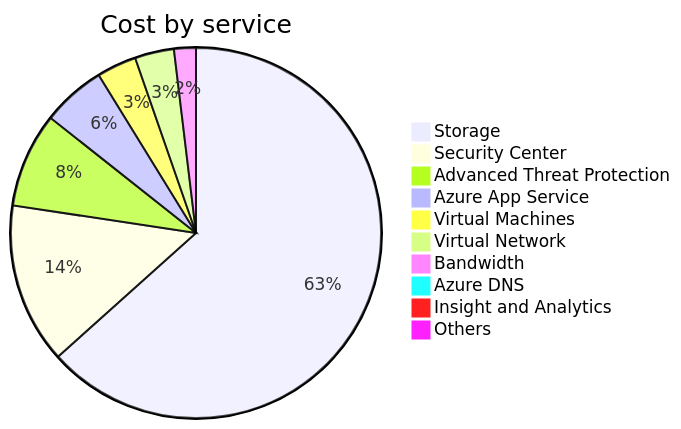
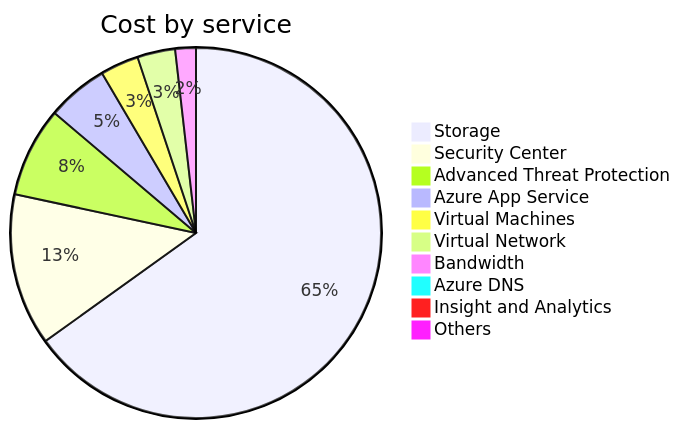
The second of 4 diagrams in cost-reports/accumulated-cost.md (jpfulton/azure-personal-reports), drawn with Mermaid before and after one commit. The commit also changed other lines of this file and 32 other files, not shown here.

````diff
--- a/cost-reports/accumulated-cost.md
+++ b/cost-reports/accumulated-cost.md
@@ -102,14 +102,14 @@
 ```mermaid
 pie
    title Cost by service
-   "Storage" : 89.42
+   "Storage" : 96.99
    "Security Center" : 19.78
-   "Advanced Threat Protection" : 11.67
-   "Azure App Service" : 7.84
-   "Virtual Machines" : 4.89
-   "Virtual Network" : 4.82
+   "Advanced Threat Protection" : 11.68
+   "Azure App Service" : 7.96
+   "Virtual Machines" : 5.00
+   "Virtual Network" : 4.92
    "Bandwidth" : 2.69
-   "Azure DNS" : 0.65
+   "Azure DNS" : 0.66
    "Insight and Analytics" : 0.00
    "Others" : 0.00
 ```
````
